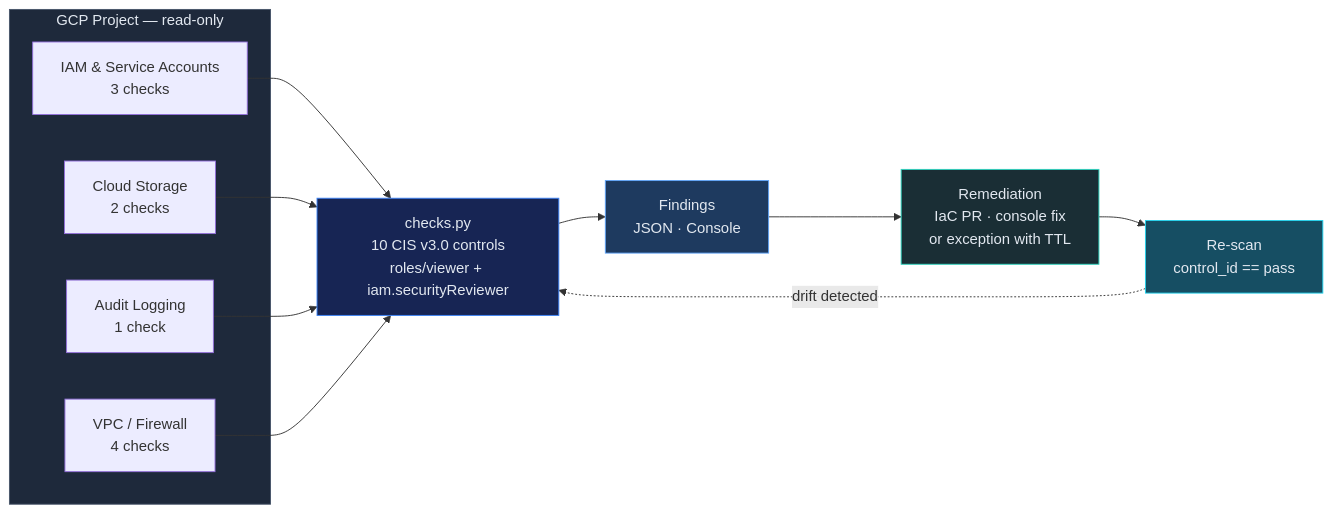
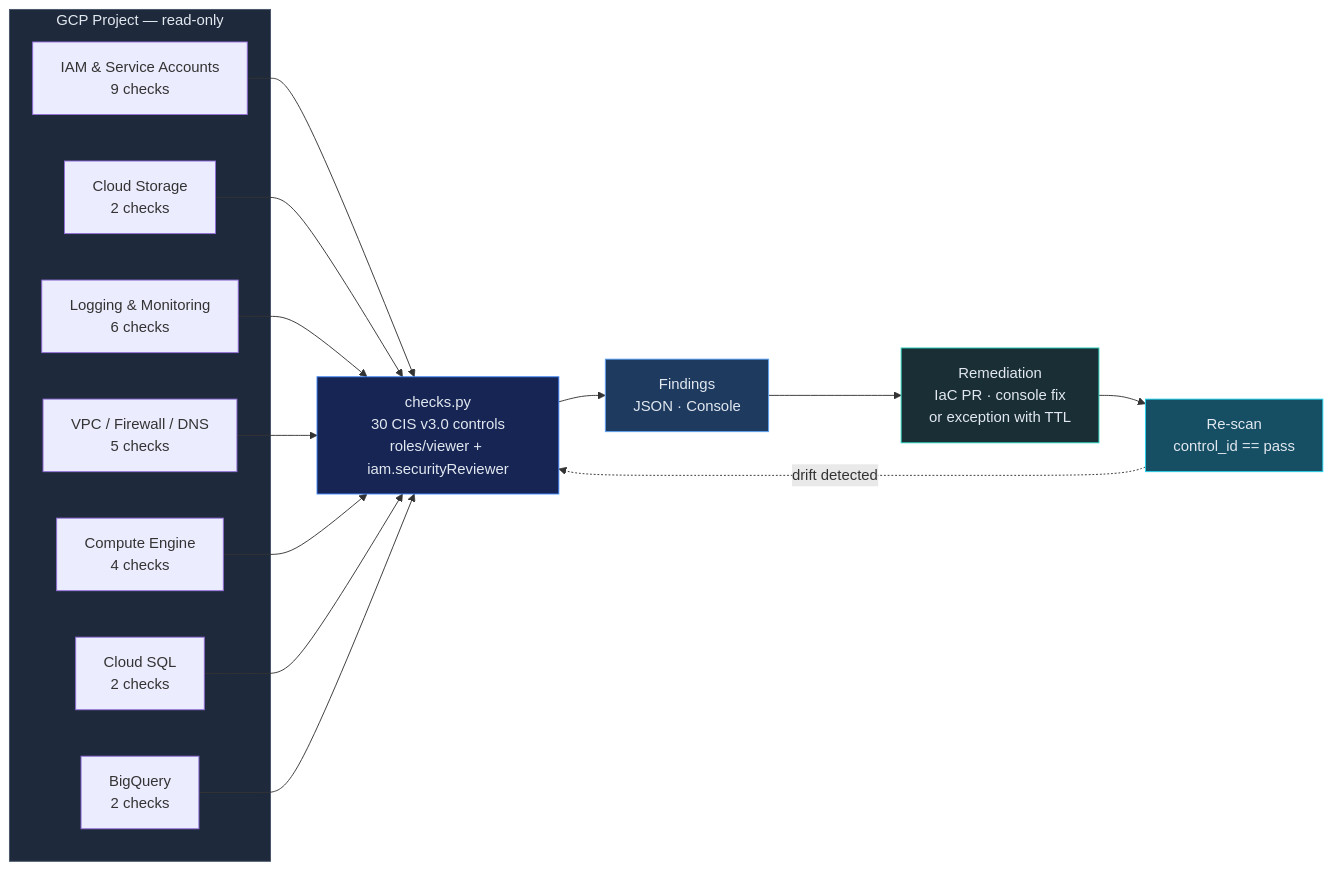
The diagram in skills/evaluation/cspm-gcp-cis-benchmark/SKILL.md (msaad00/cloud-ai-security-skills), drawn with Mermaid before and after one commit. The commit also changed other lines of this file and 4 other files, not shown here.

````diff
--- a/skills/evaluation/cspm-gcp-cis-benchmark/SKILL.md
+++ b/skills/evaluation/cspm-gcp-cis-benchmark/SKILL.md
@@ -59,23 +60,26 @@
 ```mermaid
 flowchart LR
     subgraph GCP["GCP Project — read-only"]
-        IAM["IAM & Service Accounts<br/>3 checks"]
+        IAM["IAM & Service Accounts<br/>9 checks"]
         GCS["Cloud Storage<br/>2 checks"]
-        LOG["Audit Logging<br/>1 check"]
-        NET["VPC / Firewall<br/>4 checks"]
+        LOG["Logging & Monitoring<br/>6 checks"]
+        NET["VPC / Firewall / DNS<br/>5 checks"]
+        VM["Compute Engine<br/>4 checks"]
+        SQL["Cloud SQL<br/>2 checks"]
+        BQ["BigQuery<br/>2 checks"]
     end
 
-    CHK["checks.py<br/>10 CIS v3.0 controls<br/>roles/viewer + iam.securityReviewer"]
+    CHK["checks.py<br/>30 CIS v3.0 controls<br/>roles/viewer + iam.securityReviewer"]
     OUT["Findings<br/>JSON · Console"]
     FIX["Remediation<br/>IaC PR · console fix<br/>or exception with TTL"]
     VERIFY["Re-scan<br/>control_id == pass"]
 
-    IAM & GCS & LOG & NET --> CHK --> OUT --> FIX --> VERIFY
+    IAM & GCS & LOG & NET & VM & SQL & BQ --> CHK --> OUT --> FIX --> VERIFY
     VERIFY -. drift detected .-> CHK
 
     style GCP fill:#1e293b,stroke:#475569,color:#e2e8f0
     style CHK fill:#172554,stroke:#3b82f6,color:#e2e8f0
     style OUT fill:#1e3a5f,stroke:#60a5fa,color:#e2e8f0
     style FIX fill:#1a2e35,stroke:#2dd4bf,color:#e2e8f0
     style VERIFY fill:#164e63,stroke:#22d3ee,color:#e2e8f0
 ```
````
